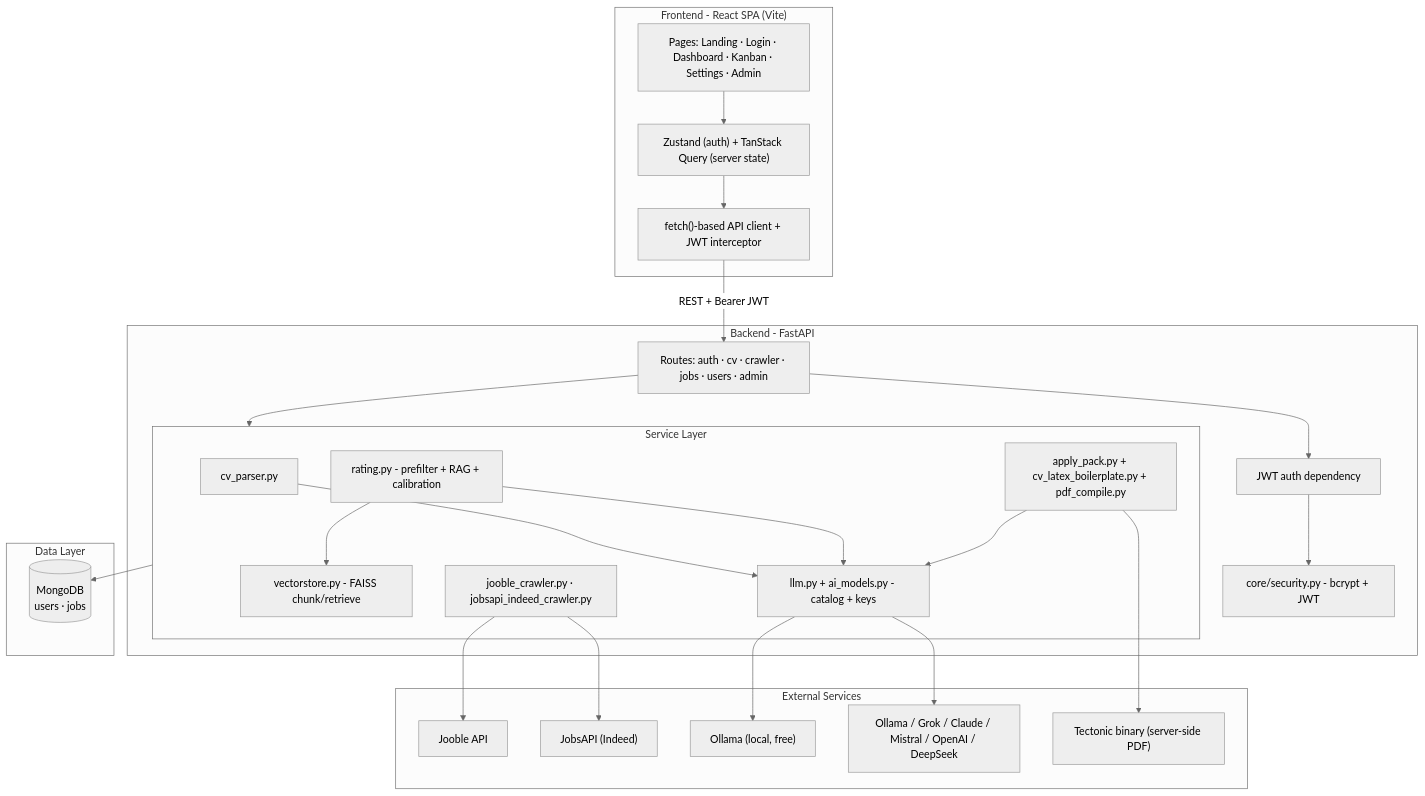
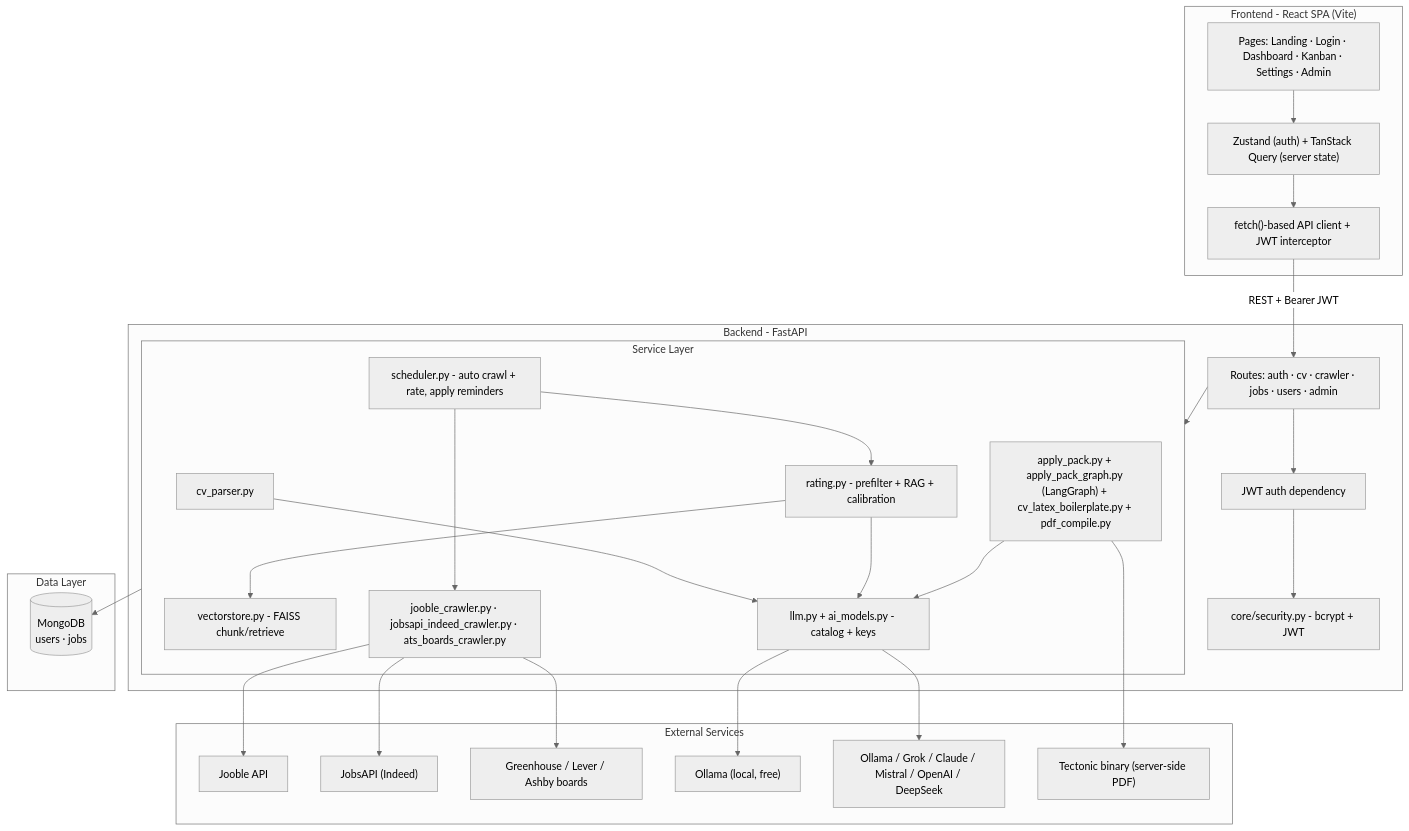
The first of 3 diagrams in README.md (itsmesaim/jobRadarAI), drawn with Mermaid (neutral theme) before and after one commit. The commit also changed other lines of this file and 6 other files, not shown here.

First line of the commit message:
Fix mobile job chat layout, rating rate limits, and opt-in salary rating.

````diff
--- a/README.md
+++ b/README.md
@@ -32,47 +32,51 @@
 ```mermaid
 flowchart TB
     subgraph Client["Frontend - React SPA (Vite)"]
         Pages["Pages: Landing · Login · Dashboard · Kanban · Settings · Admin"]
         State["Zustand (auth) + TanStack Query (server state)"]
         Fetch["fetch()-based API client + JWT interceptor"]
     end
 
     subgraph Backend["Backend - FastAPI"]
         Routes["Routes: auth · cv · crawler · jobs · users · admin"]
         Deps["JWT auth dependency"]
         subgraph Services["Service Layer"]
             CVParser["cv_parser.py"]
             Rating["rating.py - prefilter + RAG + calibration"]
             Vectorstore["vectorstore.py - FAISS chunk/retrieve"]
-            ApplyPack["apply_pack.py + cv_latex_boilerplate.py + pdf_compile.py"]
-            Crawlers["jooble_crawler.py · jobsapi_indeed_crawler.py"]
+            ApplyPack["apply_pack.py + apply_pack_graph.py (LangGraph) + cv_latex_boilerplate.py + pdf_compile.py"]
+            Crawlers["jooble_crawler.py · jobsapi_indeed_crawler.py · ats_boards_crawler.py"]
+            Scheduler["scheduler.py - auto crawl + rate, apply reminders"]
             LLM["llm.py + ai_models.py - catalog + keys"]
         end
         Security["core/security.py - bcrypt + JWT"]
     end
 
     subgraph Data["Data Layer"]
         MongoDB[("MongoDB<br/>users · jobs")]
     end
 
     subgraph External["External Services"]
         Jooble["Jooble API"]
         JobsAPI["JobsAPI (Indeed)"]
+        ATS["Greenhouse / Lever / Ashby boards"]
         Ollama["Ollama (local, free)"]
         LLMs["Ollama / Grok / Claude / Mistral / OpenAI / DeepSeek"]
         Tectonic["Tectonic binary (server-side PDF)"]
     end
 
     Pages --> State --> Fetch
     Fetch -->|"REST + Bearer JWT"| Routes
     Routes --> Deps --> Security
     Routes --> Services
     Services --> MongoDB
     CVParser --> LLM
     Rating --> Vectorstore
     Rating --> LLM
     ApplyPack --> LLM
     ApplyPack --> Tectonic
-    Crawlers --> Jooble & JobsAPI
+    Crawlers --> Jooble & JobsAPI & ATS
+    Scheduler --> Crawlers
+    Scheduler --> Rating
     LLM --> Ollama & LLMs
 ```
````
